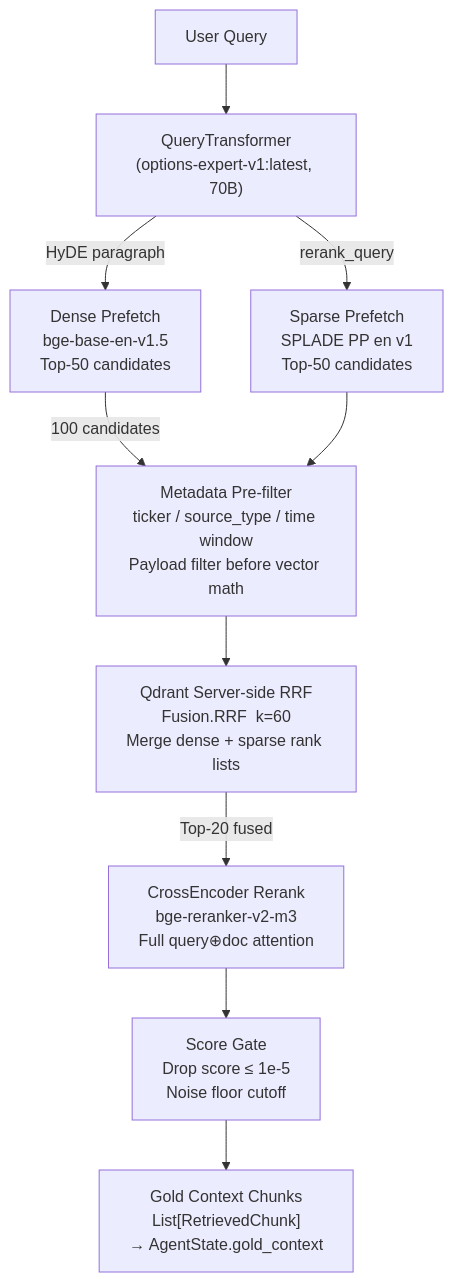
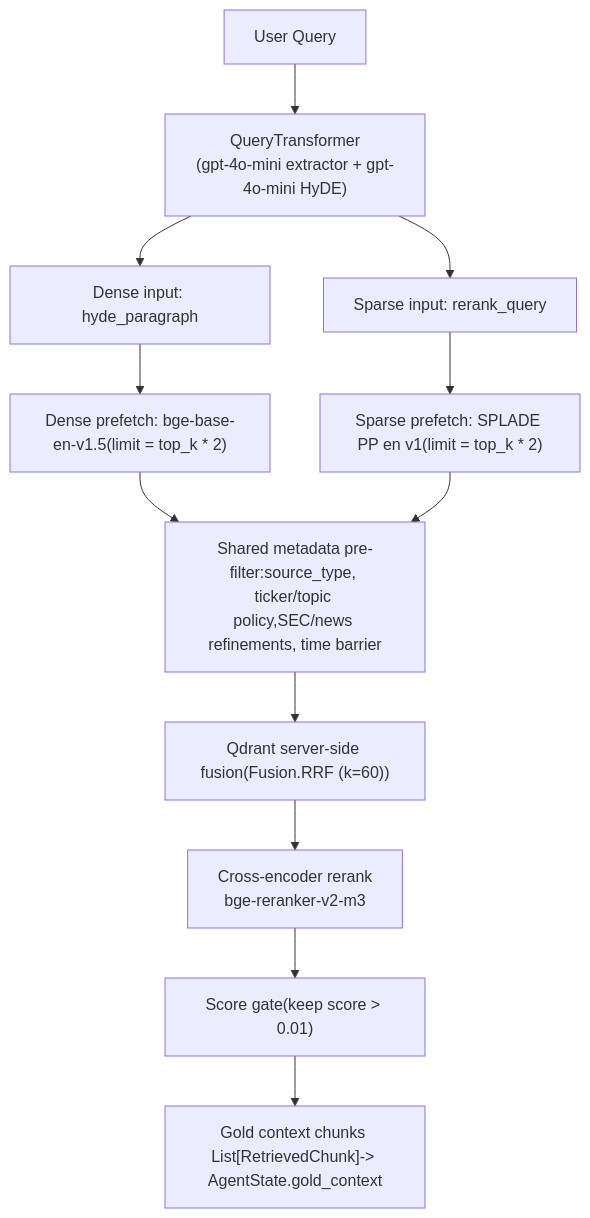
Before and after one commit to maxineyu521/AutoOption-Financial-Intelligence-Workspace: the diagram in docs/Strategy_choices_docs/Embedding_Chunking_and_Retrieval_Fusion_Strategy.md, drawn with Mermaid. The commit also changed other lines of this file, not shown here.

````diff
--- a/docs/Strategy_choices_docs/Embedding_Chunking_and_Retrieval_Fusion_Strategy.md
+++ b/docs/Strategy_choices_docs/Embedding_Chunking_and_Retrieval_Fusion_Strategy.md
@@ -274,17 +272,17 @@
 ```mermaid
 flowchart TD
-    Q["User Query"] --> QT["QueryTransformer\n(options-expert-v1:latest, 70B)"]
-    QT --> |HyDE paragraph| DE["Dense Prefetch\nbge-base-en-v1.5\nTop-50 candidates"]
-    QT --> |rerank_query| SP["Sparse Prefetch\nSPLADE PP en v1\nTop-50 candidates"]
+    Q["User Query"] --> QT["QueryTransformer\n(gpt-4o-mini extractor + gpt-4o-mini HyDE)"]
+    QT --> DQ["Dense input: hyde_paragraph"]
+    QT --> SQ["Sparse input: rerank_query"]
 
-    DE --> |100 candidates| MF["Metadata Pre-filter\nticker / source_type / time window\nPayload filter before vector math"]
-    SP --> MF
+    DQ --> DP["Dense prefetch: bge-base-en-v1.5(limit = top_k * 2)"]
+    SQ --> SP["Sparse prefetch: SPLADE PP en v1(limit = top_k * 2)"]
 
-    MF --> RRF["Qdrant Server-side RRF\nFusion.RRF  k=60\nMerge dense + sparse rank lists"]
+    DP --> PF["Shared metadata pre-filter:source_type, ticker/topic policy,SEC/news refinements, time barrier"]
+    SP --> PF
 
-    RRF --> |Top-20 fused| CE["CrossEncoder Rerank\nbge-reranker-v2-m3\nFull query⊕doc attention"]
-
-    CE --> SG["Score Gate\nDrop score ≤ 1e-5\nNoise floor cutoff"]
-
-    SG --> OUT["Gold Context Chunks\nList[RetrievedChunk]\n→ AgentState.gold_context"]
+    PF --> RRF["Qdrant server-side fusion(Fusion.RRF (k=60))"]
+    RRF --> RR["Cross-encoder rerank\nbge-reranker-v2-m3"]
+    RR --> SG["Score gate(keep score > 0.01)"]
+    SG --> OUT["Gold context chunks List[RetrievedChunk]-> AgentState.gold_context"]
 ```
````
